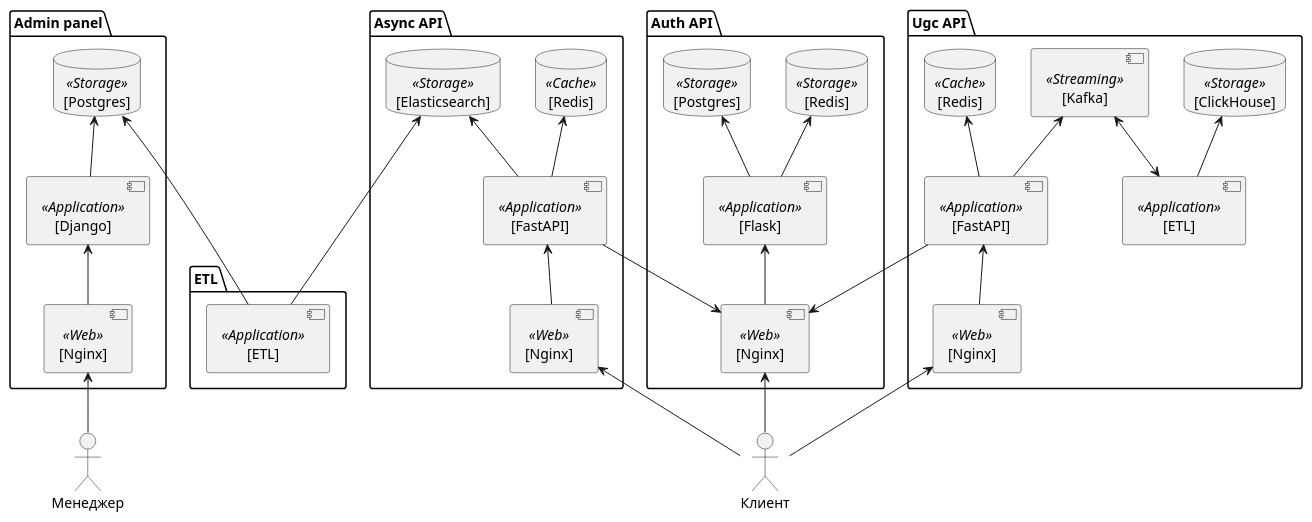
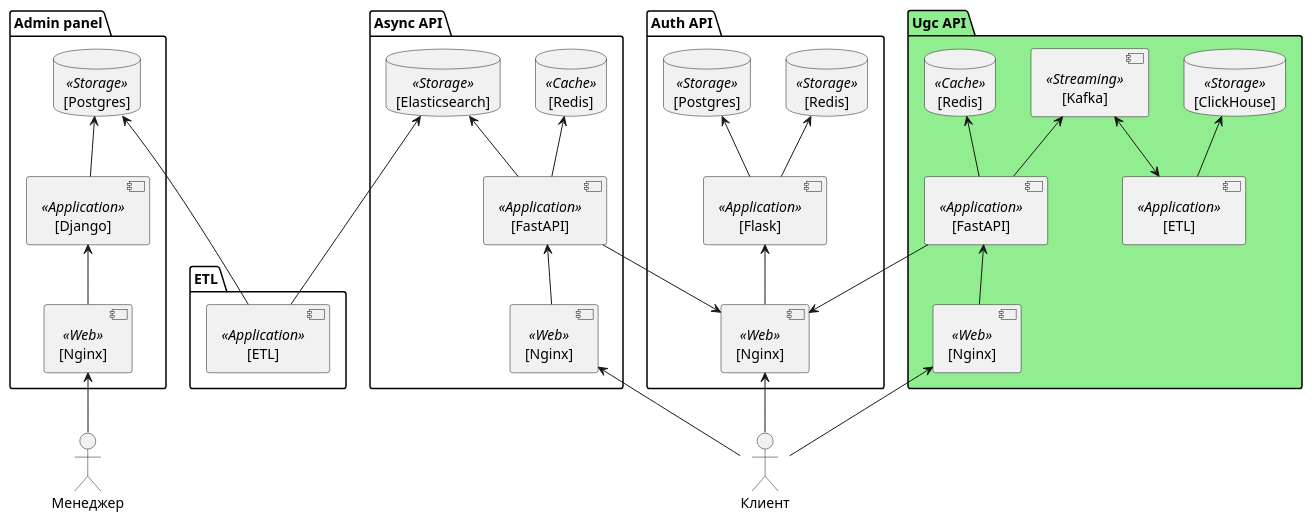
The diagram in docs/to_be.puml (georotor/movies_ugc), drawn with PlantUML before and after one commit. The commit also changed 2 other files, not shown here.

```diff
--- a/docs/to_be.puml
+++ b/docs/to_be.puml
@@ -1,69 +1,69 @@
 @startuml
 skinparam componentStyle uml2
 
 actor Менеджер as Manager
 actor Клиент as Client
 
 package "Admin panel" as Admin {
     component "[Nginx]" as AdminNginx <<Web>>
     component "[Django]" as AdminApp <<Application>>
     database "[Postgres]" as AdminPostgres <<Storage>>
 
     AdminPostgres <-down- AdminApp
     AdminApp <-down- AdminNginx
 
 }
 
 package "ETL" as ETL {
     component "[ETL]" as ETLApp <<Application>>
 }
 
 package "Async API" as AsyncAPI {
     component "[Nginx]" as AsyncNginx <<Web>>
     component "[FastAPI]" as AsyncApp <<Application>>
     database "[Elasticsearch]" as Elasticsearch <<Storage>>
     database "[Redis]" as AsyncRedis <<Cache>>
 
     Elasticsearch <-- AsyncApp
     AsyncApp -up-> AsyncRedis
     AsyncApp <-down- AsyncNginx
 }
 
 package "Auth API" as AuthAPI{
     component "[Nginx]" as AuthNginx <<Web>>
     component "[Flask]" as AuthApp <<Application>>
     database "[Postgres]" as AuthPostgres <<Storage>>
     database "[Redis]" as AuthRedis <<Storage>>
 
     AuthPostgres <-- AuthApp
     AuthApp -up-> AuthRedis
     AuthApp <-down- AuthNginx
 }
 
-package "Ugc API" as UgcApi{
+package "Ugc API" as UgcApi #LightGreen {
     component "[Nginx]" as UgcNginx <<Web>>
     component "[FastAPI]" as UgcApp <<Application>>
     component "[Kafka]" as UgcStream <<Streaming>>
     database "[Redis]" as UgcRedis <<Cache>>
     component "[ETL]" as UgcETL <<Application>>
     database "[ClickHouse]" as ClickHouse <<Storage>>
 
     UgcApp -up-> UgcStream
     UgcApp -up-> UgcRedis
     UgcETL -up-> ClickHouse
     UgcETL <-up-> UgcStream
     UgcNginx -up-> UgcApp
 }
 
 AdminPostgres <-down-- ETLApp
 ETLApp --up-> Elasticsearch
 
 AsyncApp --> AuthNginx
 UgcApp --> AuthNginx
 
 Client -up-> AuthNginx
 Client -up-> AsyncNginx
 Client --> UgcNginx
 
 AdminNginx <-- Manager
 @enduml
```
